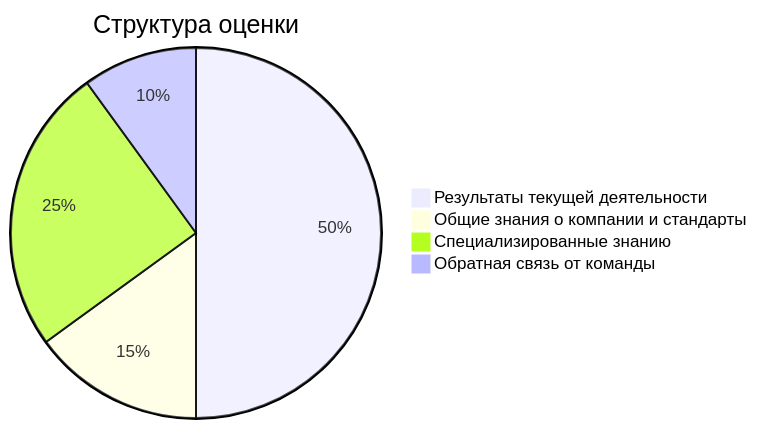
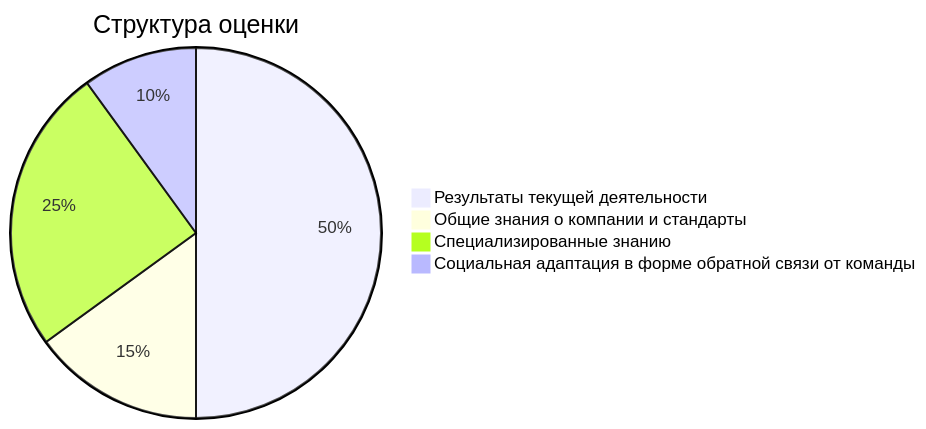
One commit to Namelomax/AIOnborder changed the second of 2 diagrams in AIOnborder/Этапы работы ассистента.md. Above: the diagram before and after it, drawn with Mermaid.

Commit message:
vault backup: 2025-07-29 12:11:52

````diff
--- a/AIOnborder/Этапы работы ассистента.md
+++ b/AIOnborder/Этапы работы ассистента.md
@@ -75,8 +75,8 @@
   ```mermaid
   pie
     title Структура оценки
     "Результаты текущей деятельности" : 50
     "Общие знания о компании и стандарты" : 15
     "Специализированные знанию" : 25
-    "Обратная связь от команды" : 10
+    "Социальная адаптация в форме обратной связи от команды" : 10
   ```
````
